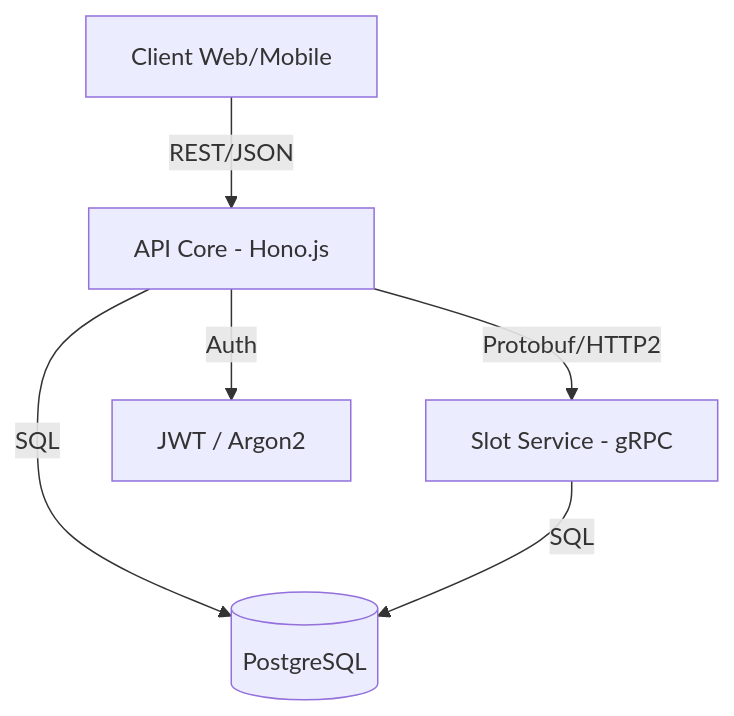
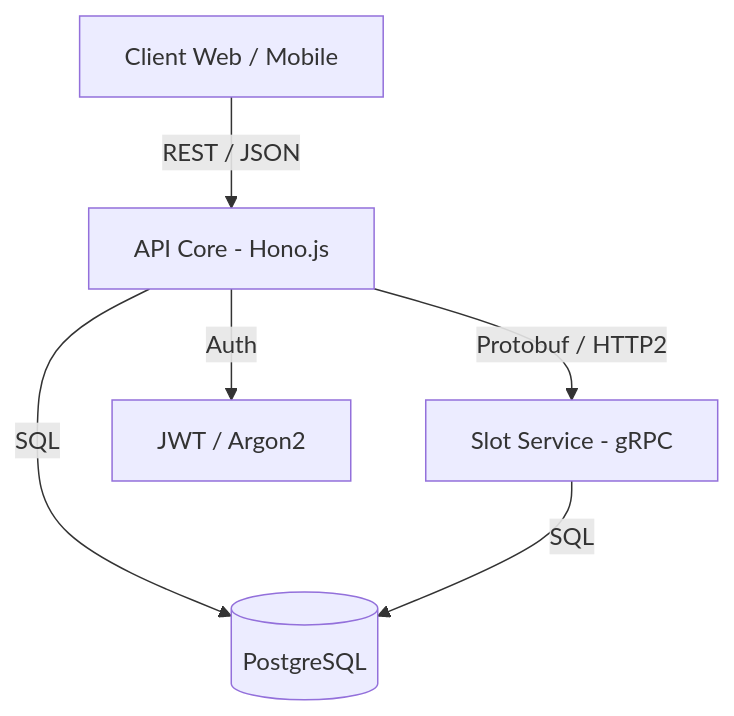
The diagram in README.md (herve-beziat/HealthSync), drawn with Mermaid before and after one commit.

Commit message:
chore: fix display mermaid diagram

````diff
--- a/README.md
+++ b/README.md
@@ -73,8 +73,8 @@
-```Mermaid
-graph TD
-    Client[Client Web/Mobile] -- REST/JSON --> Gateway[API Core - Hono.js]
-    Gateway -- Protobuf/HTTP2 --> SlotService[Slot Service - gRPC]
-    Gateway -- SQL --> DB[(PostgreSQL)]
-    SlotService -- SQL --> DB
-    Gateway -- Auth --> JWT[JWT / Argon2]
+```mermaid
+flowchart TD
+    Client[Client Web / Mobile] -->|REST / JSON| Gateway[API Core - Hono.js]
+    Gateway -->|Protobuf / HTTP2| SlotService[Slot Service - gRPC]
+    Gateway -->|SQL| DB[(PostgreSQL)]
+    SlotService -->|SQL| DB
+    Gateway -->|Auth| Auth[JWT / Argon2]
 ```
````
